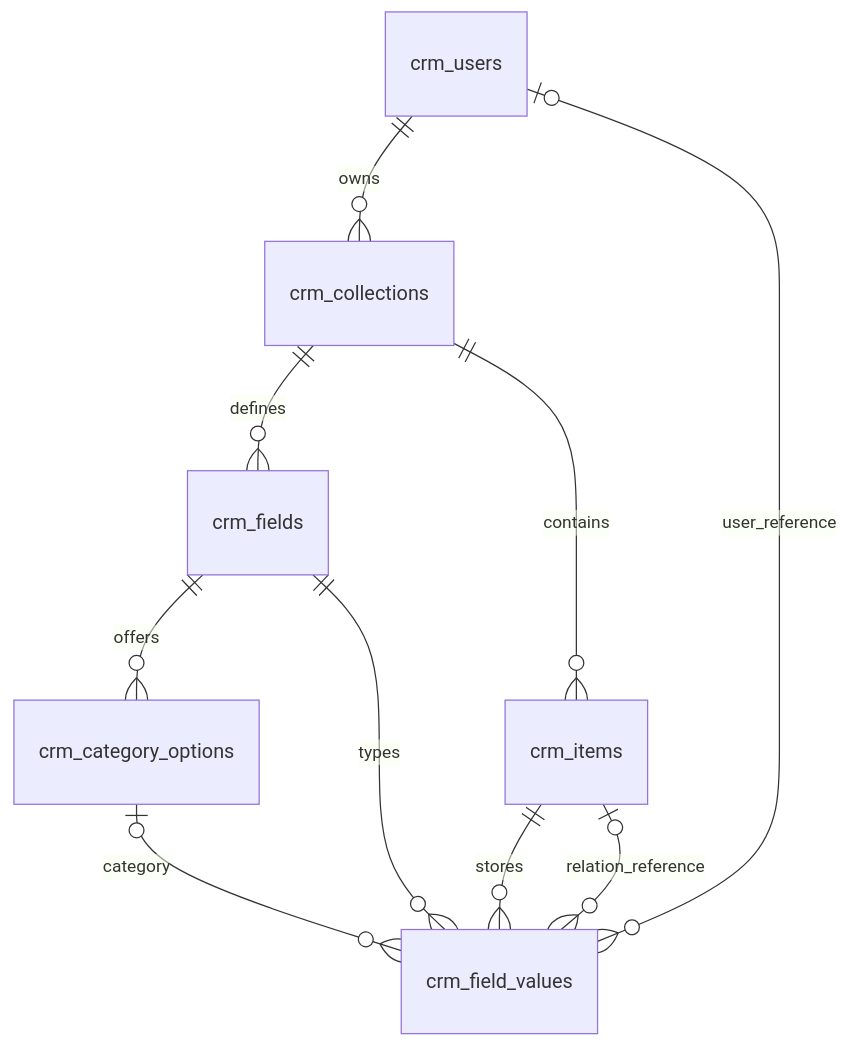
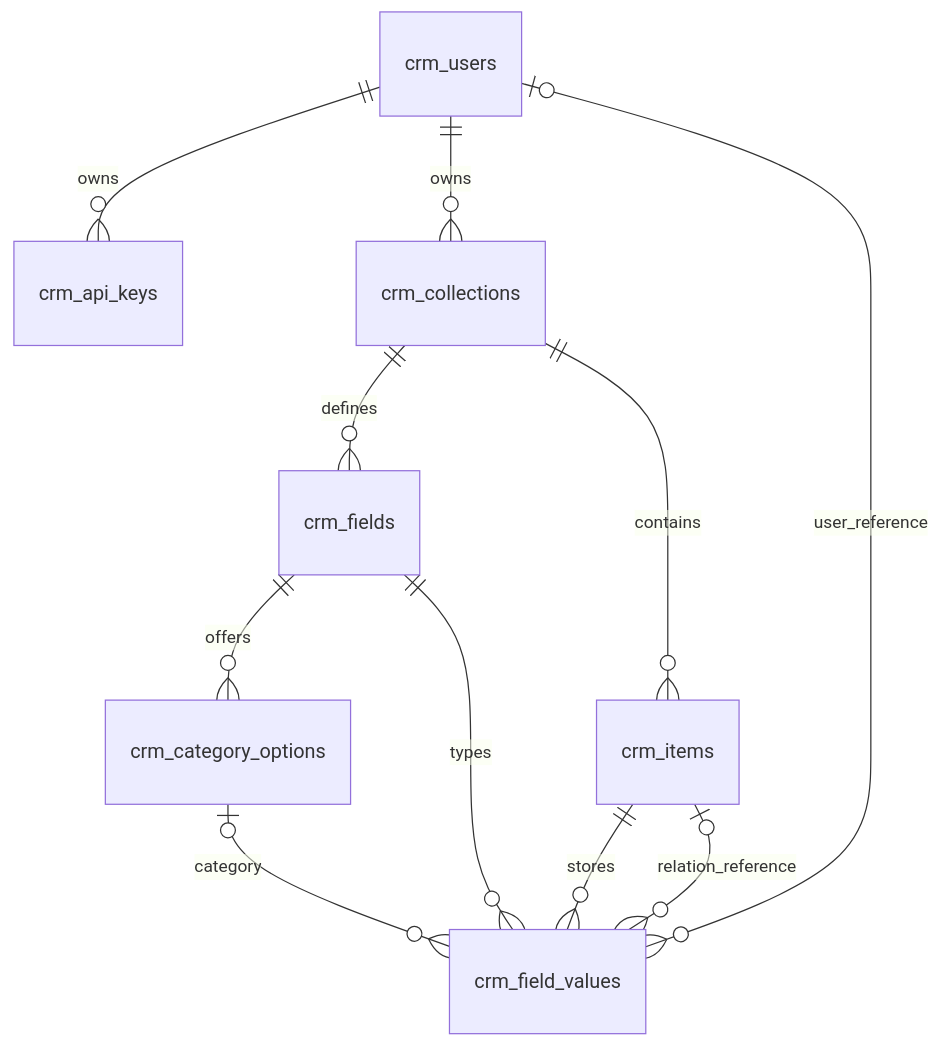
Before and after one commit to shivang991/CloudflareDummy: the diagram in docs/database.md, drawn with Mermaid. The commit also changed other lines of this file and 19 other files, not shown here.

````diff
--- a/docs/database.md
+++ b/docs/database.md
@@ -12,12 +13,13 @@
 ```mermaid
 erDiagram
+  crm_users ||--o{ crm_api_keys : owns
   crm_users ||--o{ crm_collections : owns
   crm_collections ||--o{ crm_fields : defines
   crm_collections ||--o{ crm_items : contains
   crm_fields ||--o{ crm_category_options : offers
   crm_fields ||--o{ crm_field_values : types
   crm_items ||--o{ crm_field_values : stores
   crm_category_options o|--o{ crm_field_values : category
   crm_users o|--o{ crm_field_values : user_reference
   crm_items o|--o{ crm_field_values : relation_reference
 ```
````
